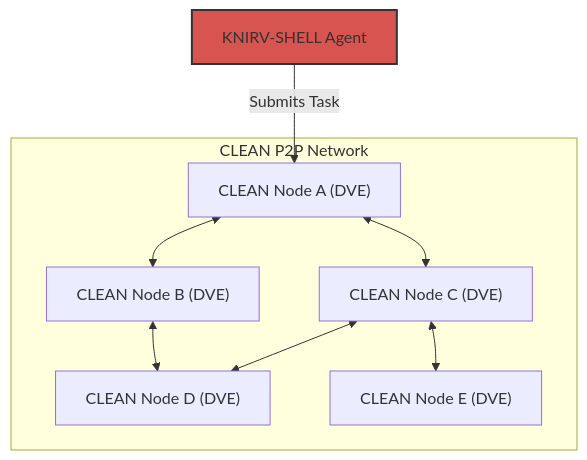
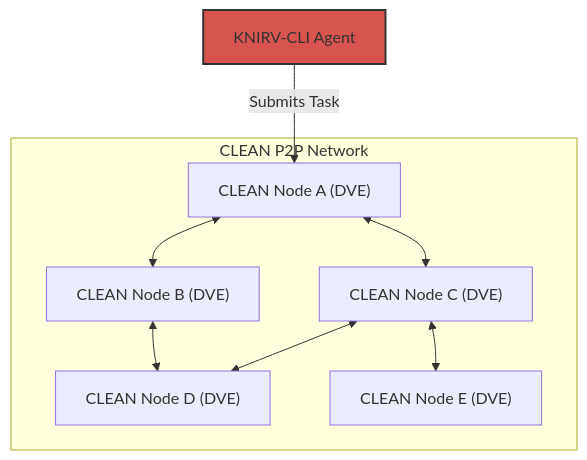
The second of 3 diagrams in KNIRVGATEWAY/documentation/docsify/whitepapers/KNIRV-NEXUS_Whitepaper.md (guiperry/KNIRV_NETWORK), drawn with Mermaid before and after one commit. The commit also changed other lines of this file and 1506 other files, not shown here.

````diff
--- a/KNIRVGATEWAY/documentation/docsify/whitepapers/KNIRV-NEXUS_Whitepaper.md
+++ b/KNIRVGATEWAY/documentation/docsify/whitepapers/KNIRV-NEXUS_Whitepaper.md
@@ -154,14 +154,14 @@
 ```mermaid
 graph TD
-    Client[KNIRV-SHELL Agent] -- "Submits Task" --> NodeA["CLEAN Node A (DVE)"]
+    Client[KNIRV-CLI Agent] -- "Submits Task" --> NodeA["CLEAN Node A (DVE)"]
 
     subgraph CLEAN_P2P_Network["CLEAN P2P Network"]
         NodeA <--> NodeB["CLEAN Node B (DVE)"]
         NodeA <--> NodeC["CLEAN Node C (DVE)"]
         NodeB <--> NodeD["CLEAN Node D (DVE)"]
         NodeC <--> NodeD
         NodeC <--> NodeE["CLEAN Node E (DVE)"]
     end
 
     style Client fill:#d85450,stroke:#333,stroke-width:2px
 ```
````
